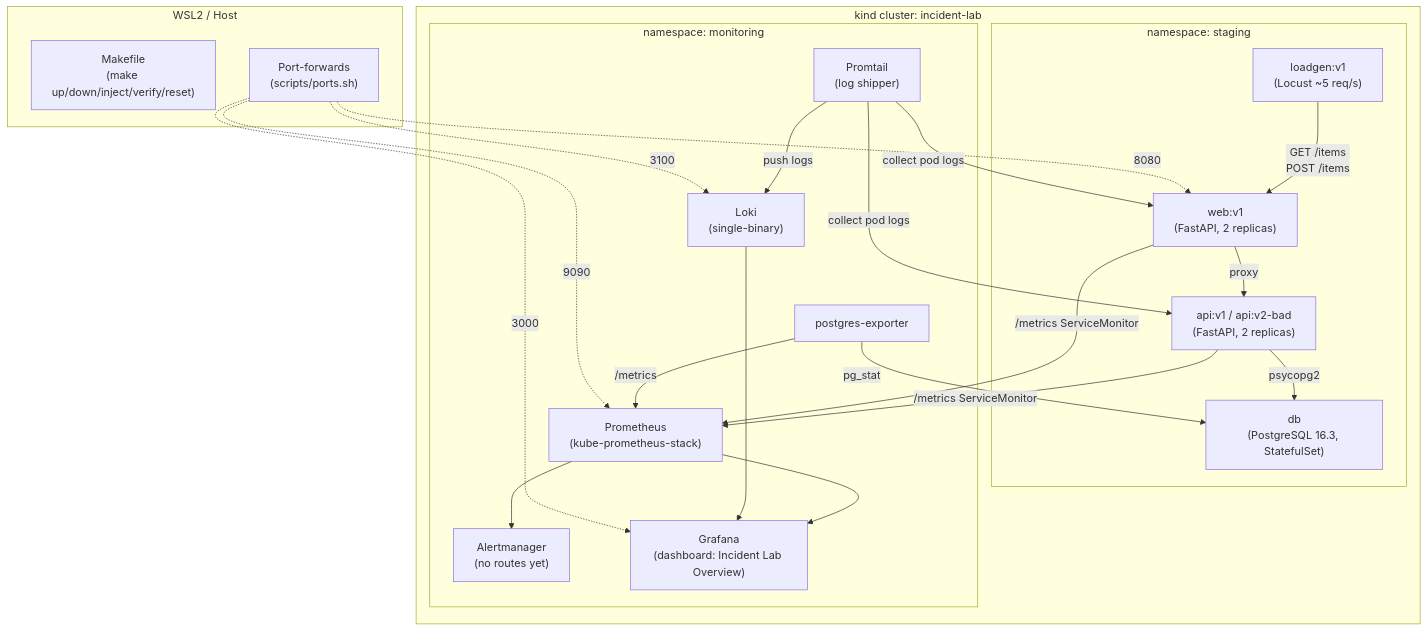
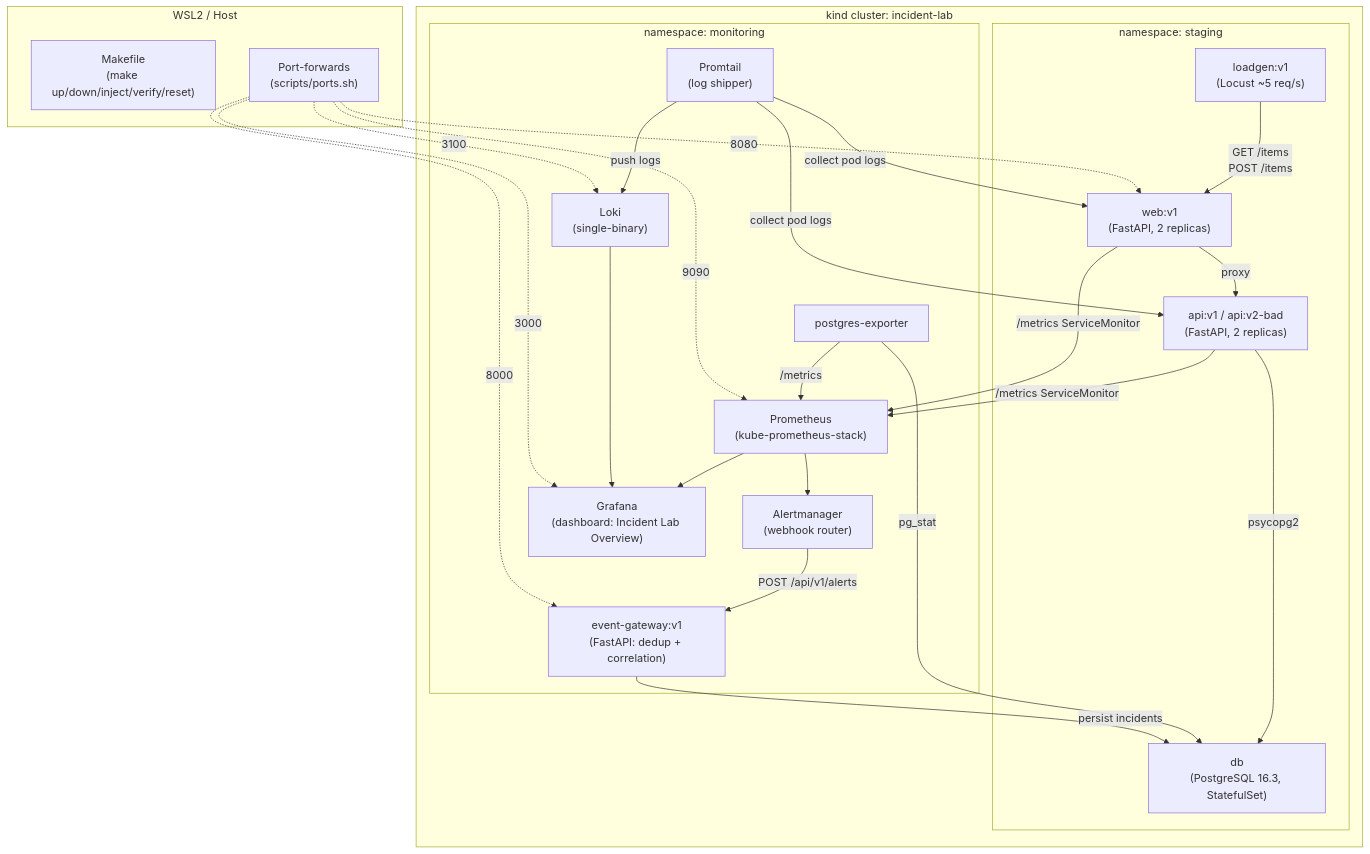
One commit to RahulRavulakolu/IT-Agent changed the diagram in incident-lab/README.md. Above: the diagram before and after it, drawn with Mermaid. The commit also changed other lines of this file and 30 other files, not shown here.

````diff
--- a/incident-lab/README.md
+++ b/incident-lab/README.md
@@ -61,44 +67,48 @@
 ```mermaid
 flowchart TB
     subgraph WSL2["WSL2 / Host"]
         MF["Makefile\n(make up/down/inject/verify/reset)"]
         PF["Port-forwards\n(scripts/ports.sh)"]
     end
 
     subgraph KIND["kind cluster: incident-lab"]
         subgraph STAGING["namespace: staging"]
             LG["loadgen:v1\n(Locust ~5 req/s)"]
             WEB["web:v1\n(FastAPI, 2 replicas)"]
             API["api:v1 / api:v2-bad\n(FastAPI, 2 replicas)"]
             DB["db\n(PostgreSQL 16.3, StatefulSet)"]
             LG -->|"GET /items\nPOST /items"| WEB
             WEB -->|"proxy"| API
             API -->|"psycopg2"| DB
         end
 
         subgraph MON["namespace: monitoring"]
             PROM["Prometheus\n(kube-prometheus-stack)"]
-            AM["Alertmanager\n(no routes yet)"]
+            AM["Alertmanager\n(webhook router)"]
             GF["Grafana\n(dashboard: Incident Lab Overview)"]
             LOKI["Loki\n(single-binary)"]
             PT["Promtail\n(log shipper)"]
             PGE["postgres-exporter"]
+            GW["event-gateway:v1\n(FastAPI: dedup + correlation)"]
             PROM --> AM
+            AM -->|"POST /api/v1/alerts"| GW
             PROM --> GF
             LOKI --> GF
             PT -->|"push logs"| LOKI
         end
 
         API -->|"/metrics ServiceMonitor"| PROM
         WEB -->|"/metrics ServiceMonitor"| PROM
         PGE -->|"pg_stat"| DB
         PGE -->|"/metrics"| PROM
+        GW -->|"persist incidents"| DB
         PT -->|"collect pod logs"| API
         PT -->|"collect pod logs"| WEB
     end
 
     PF -.->|"3000"| GF
     PF -.->|"9090"| PROM
     PF -.->|"3100"| LOKI
     PF -.->|"8080"| WEB
+    PF -.->|"8000"| GW
 ```
````
